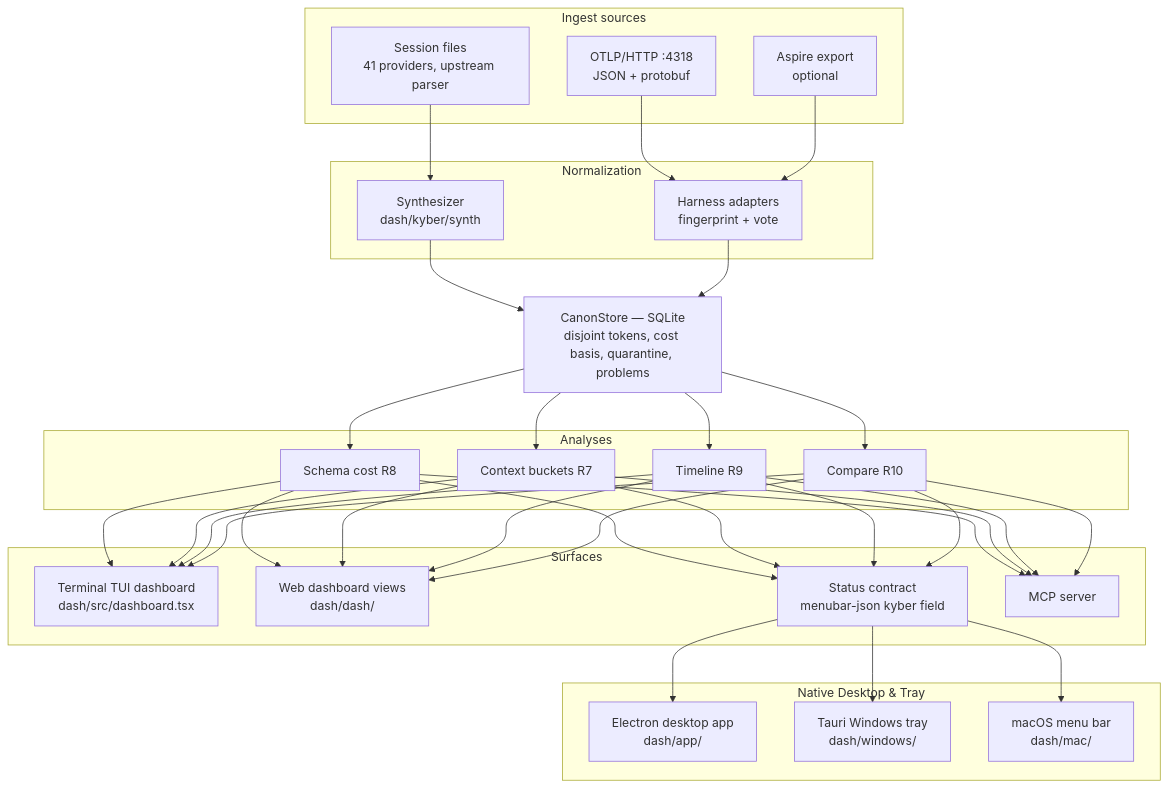
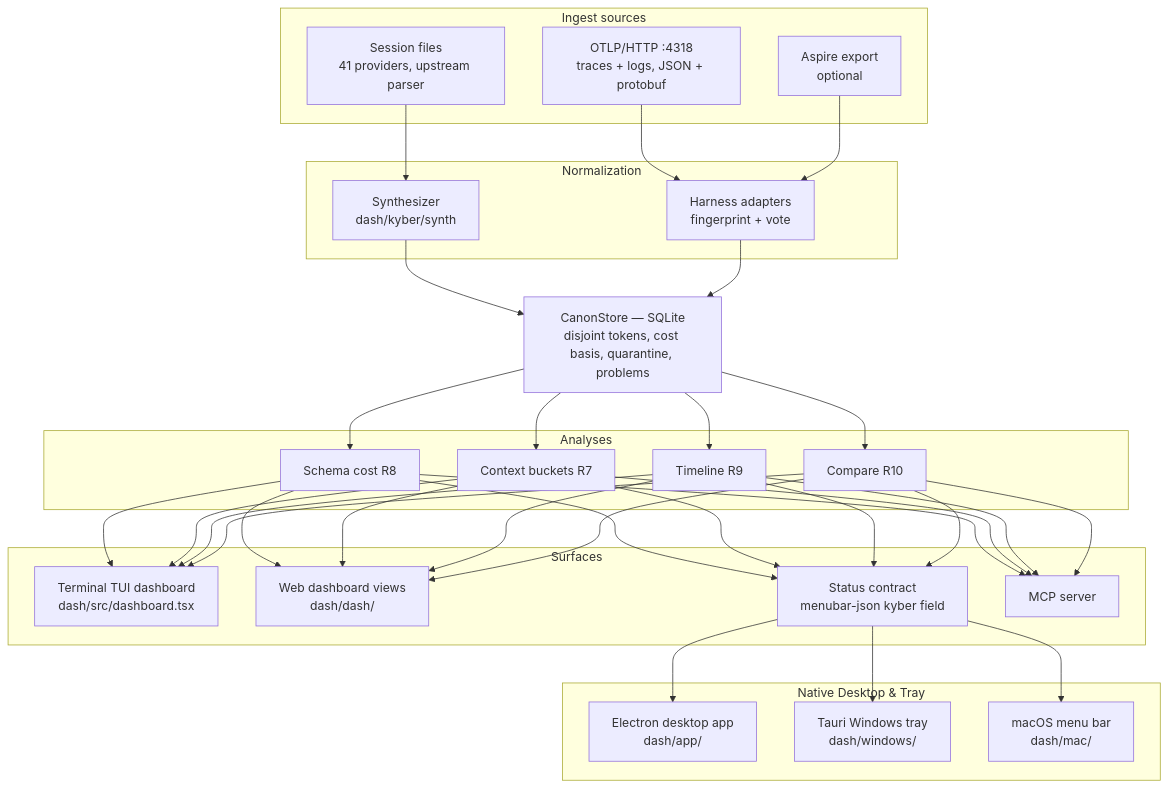
Before and after one commit to dpalfery/kyber-weave: the first of 2 diagrams in docs/dash/architecture.md, drawn with Mermaid. The commit also changed other lines of this file and 79 other files, not shown here.

````diff
--- a/docs/dash/architecture.md
+++ b/docs/dash/architecture.md
@@ -57,44 +57,44 @@
 ```mermaid
 flowchart TB
     subgraph sources["Ingest sources"]
         FS["Session files<br/>41 providers, upstream parser"]
-        OT["OTLP/HTTP :4318<br/>JSON + protobuf"]
+        OT["OTLP/HTTP :4318<br/>traces + logs, JSON + protobuf"]
         AS["Aspire export<br/>optional"]
     end
 
     subgraph normalize["Normalization"]
         SY["Synthesizer<br/>dash/kyber/synth"]
         AD["Harness adapters<br/>fingerprint + vote"]
     end
 
     ST["CanonStore — SQLite<br/>disjoint tokens, cost basis, quarantine, problems"]
 
     subgraph analyses["Analyses"]
         AN1["Schema cost R8"]
         AN2["Context buckets R7"]
         AN3["Timeline R9"]
         AN4["Compare R10"]
     end
 
     subgraph surfaces["Surfaces"]
         TUI["Terminal TUI dashboard<br/>dash/src/dashboard.tsx"]
         WEB["Web dashboard views<br/>dash/dash/"]
         SC["Status contract<br/>menubar-json kyber field"]
         MCP["MCP server"]
     end
 
     subgraph native["Native Desktop & Tray"]
         ELEC["Electron desktop app<br/>dash/app/"]
         TAURI["Tauri Windows tray<br/>dash/windows/"]
         MAC["macOS menu bar<br/>dash/mac/"]
     end
 
     FS --> SY
     OT --> AD
     AS --> AD
     SY --> ST
     AD --> ST
     ST --> AN1 & AN2 & AN3 & AN4
     AN1 & AN2 & AN3 & AN4 --> TUI & WEB & SC & MCP
     SC --> ELEC & TAURI & MAC
 ```
````
